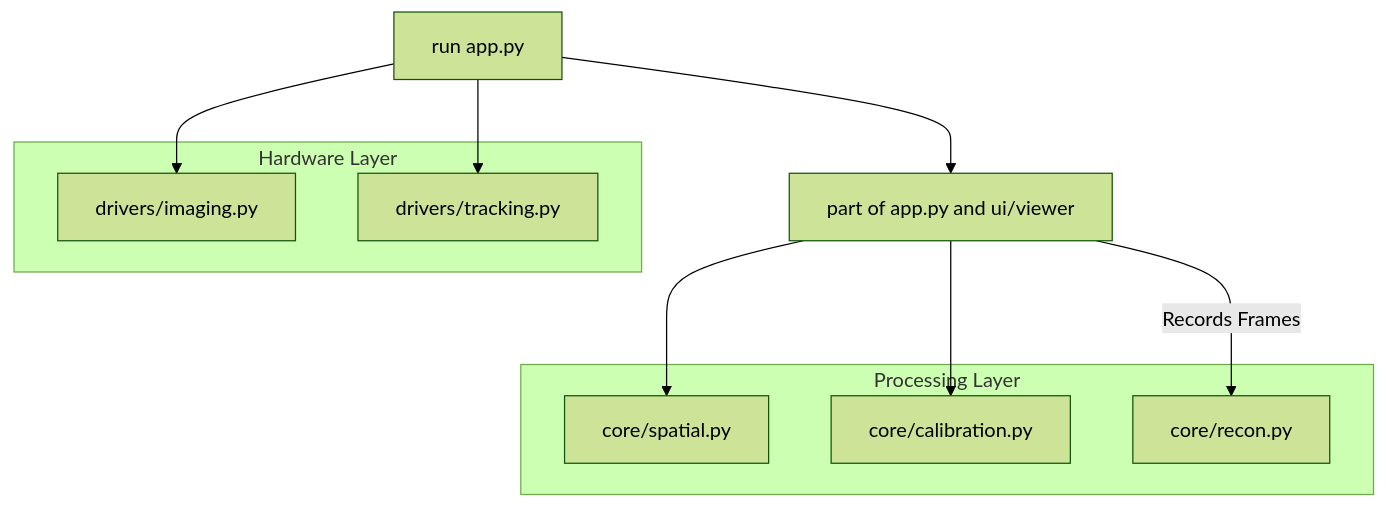
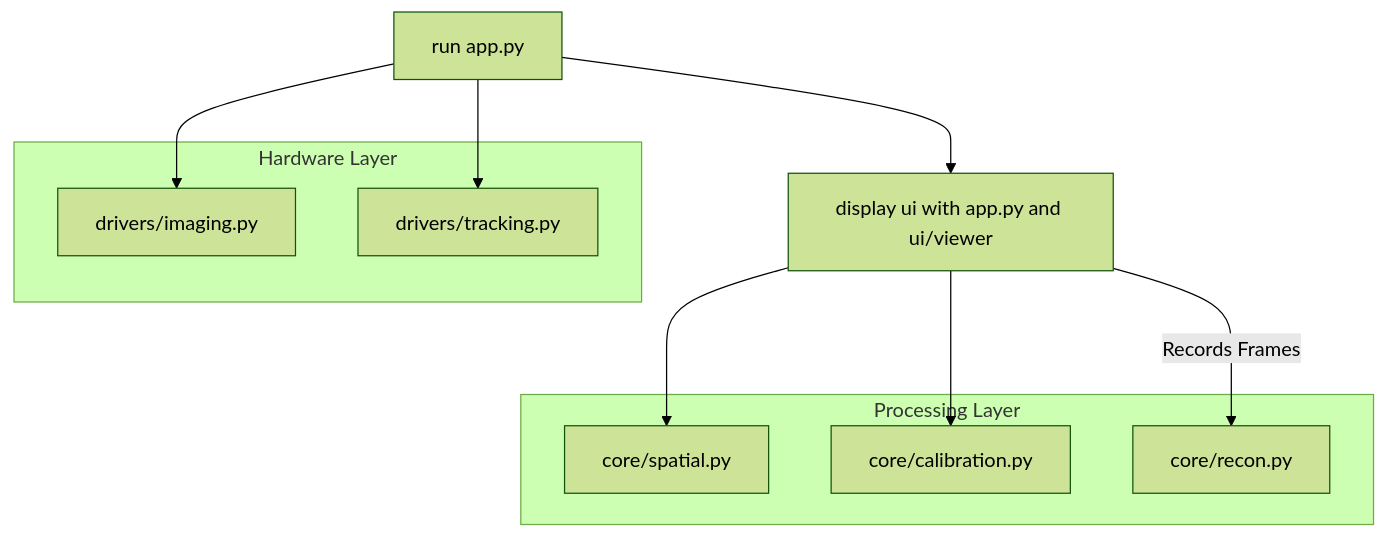
The diagram in README.md (ashleydo8/ultrasound_project), drawn with Mermaid (forest theme) before and after one commit.

````diff
--- a/README.md
+++ b/README.md
@@ -21,22 +21,22 @@
 ```mermaid
 graph TD
-    A[run app.py] --> B[part of app.py and ui/viewer] 
+    A[run app.py] --> B[display ui with app.py and ui/viewer] 
     A --> C[drivers/imaging.py]
     A --> D[drivers/tracking.py]
     
     B --> E[core/spatial.py]
     B --> F[core/calibration.py]
     
     subgraph "Hardware Layer"
     C
     D
     end
     
     subgraph "Processing Layer"
     E
     F
     G[core/recon.py]
     end
     
     B -- "Records Frames" --> G
 ```
````
